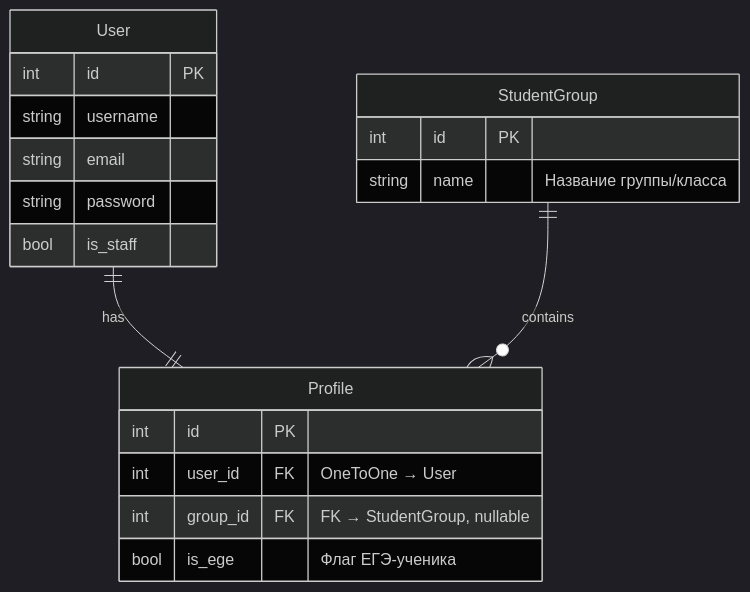
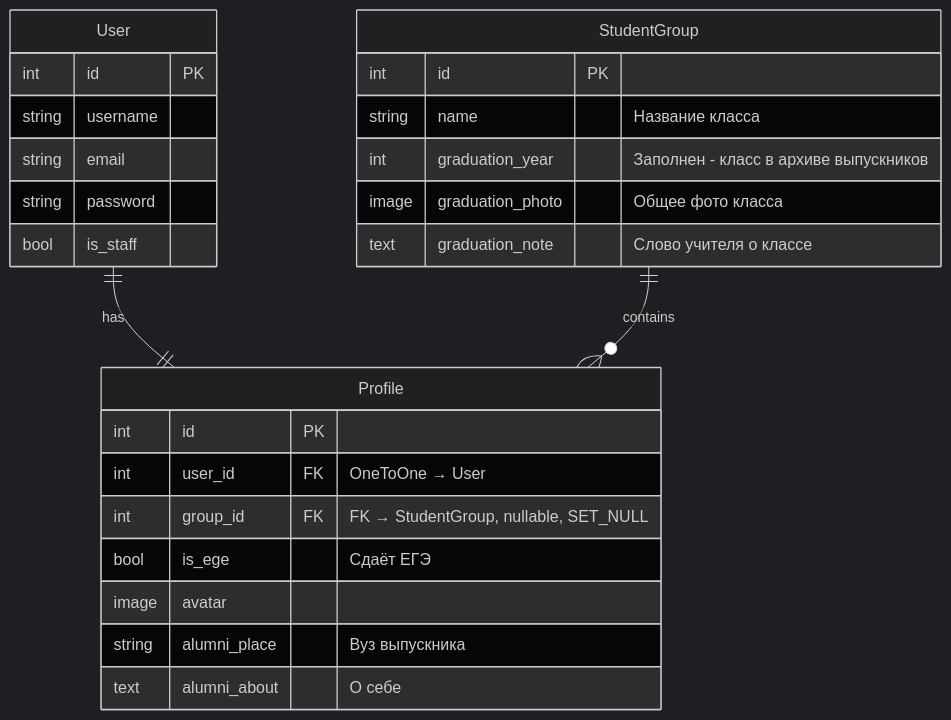
The first of 10 diagrams in docs/database/er-diagram.md (Kirill2517nv/SiteAboutMe), drawn with Mermaid (dark theme) before and after one commit. The commit also changed other lines of this file and 40 other files, not shown here.

````diff
--- a/docs/database/er-diagram.md
+++ b/docs/database/er-diagram.md
@@ -9,25 +19,31 @@
 ```mermaid
 erDiagram
     User ||--|| Profile : "has"
     StudentGroup ||--o{ Profile : "contains"
 
     User {
         int id PK
         string username
         string email
         string password
         bool is_staff
     }
 
     Profile {
         int id PK
         int user_id FK "OneToOne → User"
-        int group_id FK "FK → StudentGroup, nullable"
-        bool is_ege "Флаг ЕГЭ-ученика"
+        int group_id FK "FK → StudentGroup, nullable, SET_NULL"
+        bool is_ege "Сдаёт ЕГЭ"
+        image avatar
+        string alumni_place "Вуз выпускника"
+        text alumni_about "О себе"
     }
 
     StudentGroup {
         int id PK
-        string name "Название группы/класса"
+        string name "Название класса"
+        int graduation_year "Заполнен - класс в архиве выпускников"
+        image graduation_photo "Общее фото класса"
+        text graduation_note "Слово учителя о классе"
     }
 ```
````
